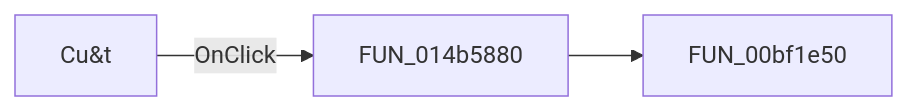
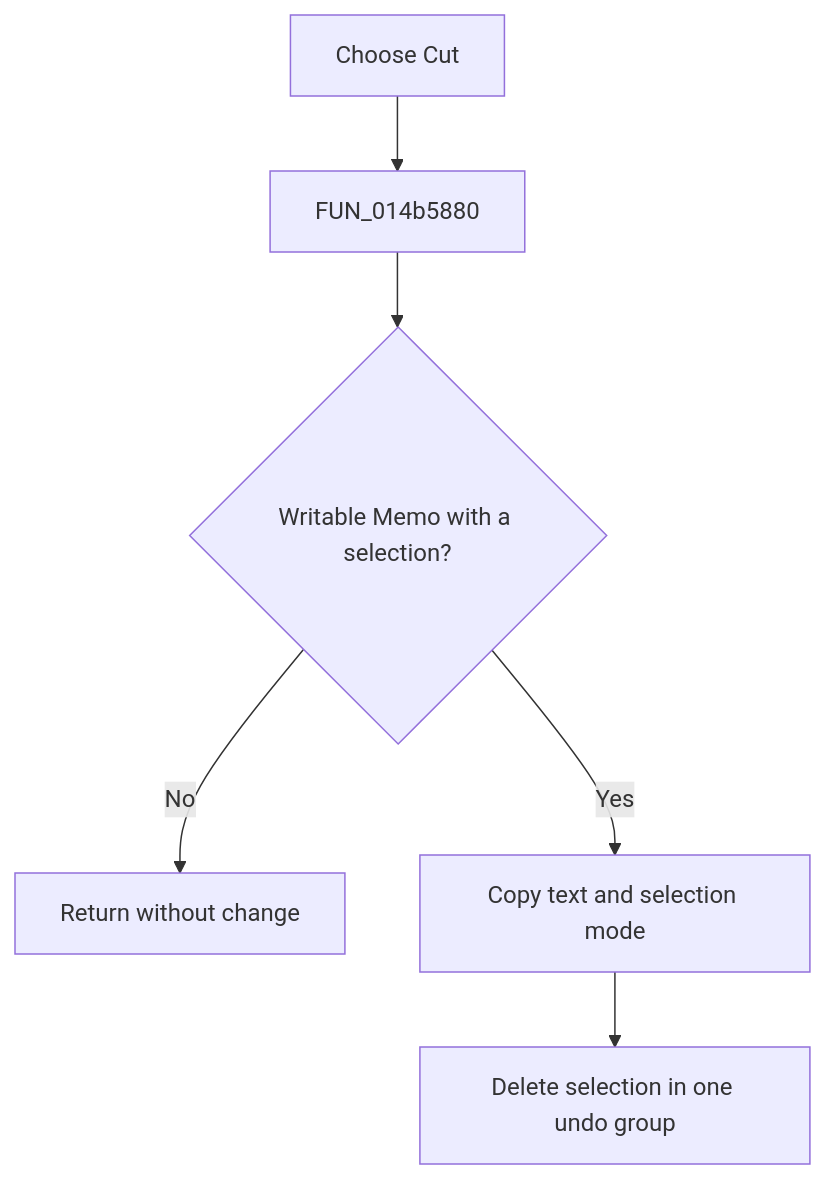
One commit to MovGP0/TIARA changed the diagram in docs/ui-controls/netlistviewer/micut-9fbdd62fe3.md. Above: the diagram before and after it, drawn with Mermaid. The commit also changed other lines of this file and 1062 other files, not shown here.

````diff
--- a/docs/ui-controls/netlistviewer/micut-9fbdd62fe3.md
+++ b/docs/ui-controls/netlistviewer/micut-9fbdd62fe3.md
@@ -27,5 +27,8 @@
 ```mermaid
-flowchart LR
-    control["Cu&t"] -->|OnClick| handler["FUN_014b5880"]
-    handler --> call1["FUN_00bf1e50"]
+flowchart TD
+    control["Choose Cut"] --> handler["FUN_014b5880"]
+    handler --> eligible{"Writable Memo with a selection?"}
+    eligible -->|No| noop["Return without change"]
+    eligible -->|Yes| clipboard["Copy text and selection mode"]
+    clipboard --> delete["Delete selection in one undo group"]
 ```
````
